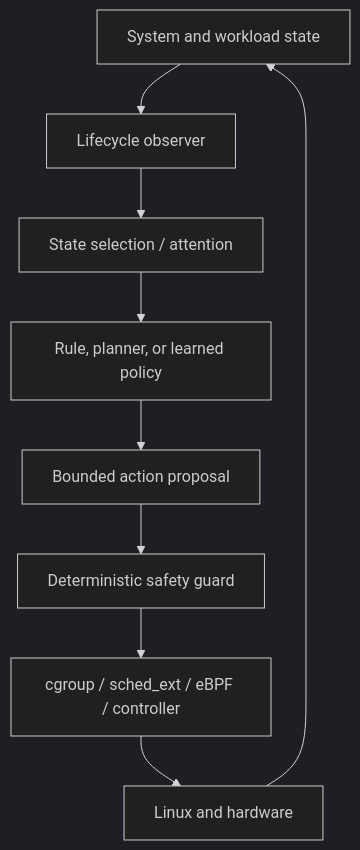
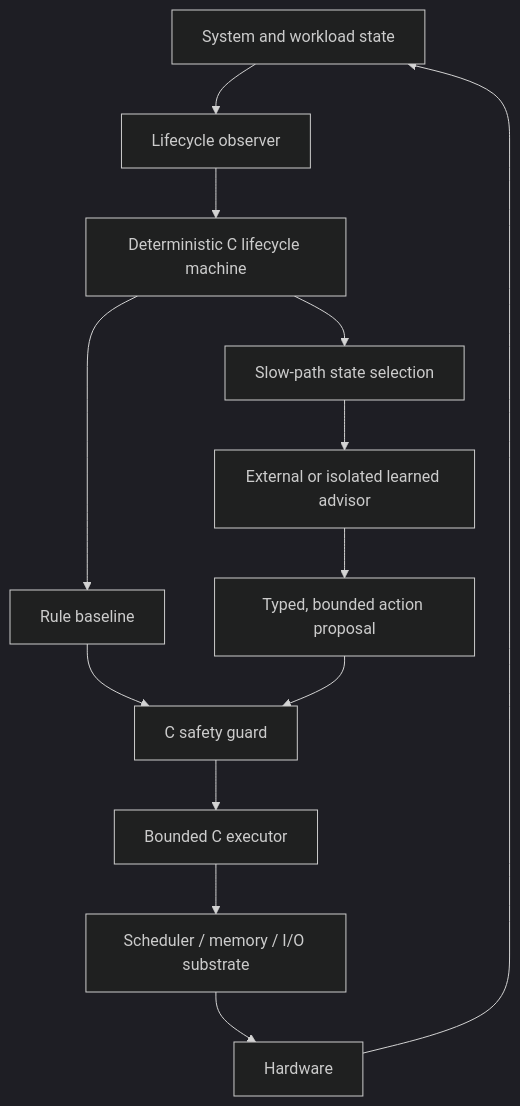
Before and after one commit to NoctilumeDev/FlowKernel: the diagram in README.md, drawn with Mermaid (dark theme). The commit also changed other lines of this file and 9 other files, not shown here.

Commit message:
docs: define C-first kernel charter

````diff
--- a/README.md
+++ b/README.md
@@ -42,11 +55,15 @@
 ```mermaid
 flowchart TD
     state["System and workload state"] --> observe["Lifecycle observer"]
-    observe --> attention["State selection / attention"]
-    attention --> policy["Rule, planner, or learned policy"]
-    policy --> proposal["Bounded action proposal"]
-    proposal --> guard["Deterministic safety guard"]
-    guard --> control["cgroup / sched_ext / eBPF / controller"]
-    control --> runtime["Linux and hardware"]
-    runtime --> state
+    observe --> lifecycle["Deterministic C lifecycle machine"]
+    lifecycle --> baseline["Rule baseline"]
+    lifecycle --> attention["Slow-path state selection"]
+    attention --> policy["External or isolated learned advisor"]
+    policy --> proposal["Typed, bounded action proposal"]
+    baseline --> guard["C safety guard"]
+    proposal --> guard
+    guard --> control["Bounded C executor"]
+    control --> runtime["Scheduler / memory / I/O substrate"]
+    runtime --> hardware["Hardware"]
+    hardware --> state
 ```
````
